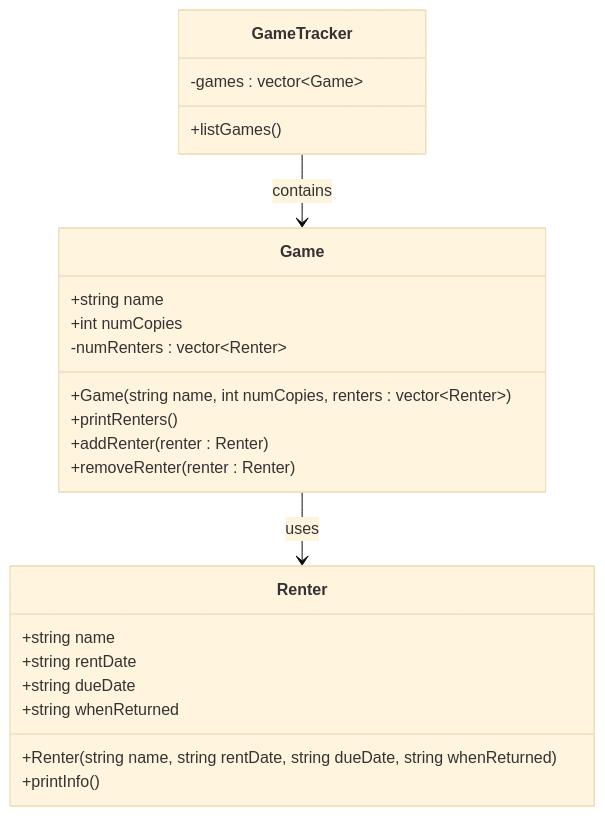
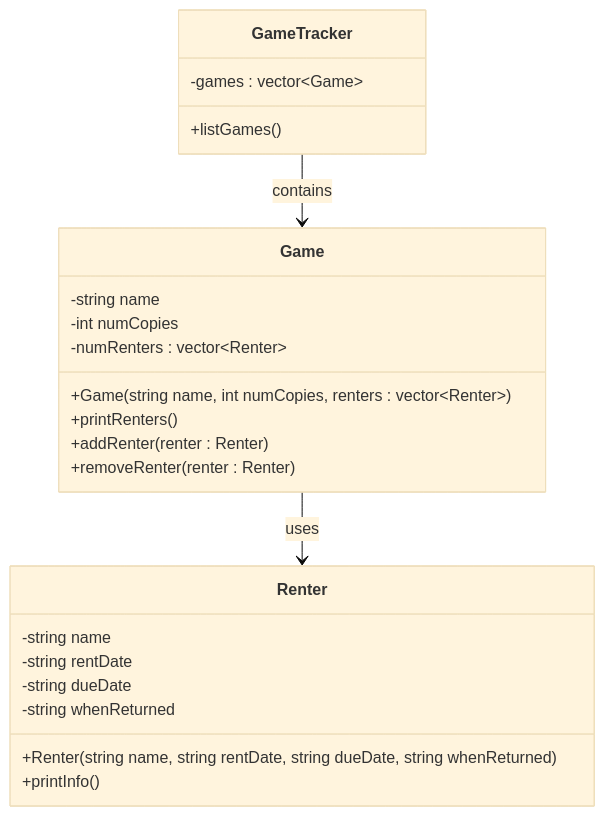
Before and after one commit to IsaacFredricks/cpsc2376-fredricks: the diagram in practice/practice11/design.md, drawn with Mermaid (base theme). The commit also changed other lines of this file, not shown here.

Commit message:
made some public variables private practice11

````diff
--- a/practice/practice11/design.md
+++ b/practice/practice11/design.md
@@ -48,33 +49,33 @@
 ```mermaid
 classDiagram
     class GameTracker {
         -games : vector~Game~
 
         +listGames()
     }
 
     class Game {
-        +string name
-        +int numCopies
+        -string name
+        -int numCopies
         -numRenters : vector~Renter~
 
         +Game(string name, int numCopies, renters : vector~Renter~)
         +printRenters()
         +addRenter(renter : Renter)
         +removeRenter(renter : Renter)
     }
 
     class Renter{
-        +string name
-        +string rentDate
-        +string dueDate
-        +string whenReturned
+        -string name
+        -string rentDate
+        -string dueDate
+        -string whenReturned
 
 
         +Renter(string name, string rentDate, string dueDate, string whenReturned)
         +printInfo()
     }
 
 GameTracker --> Game : contains
 Game --> Renter : uses
 ```
````
